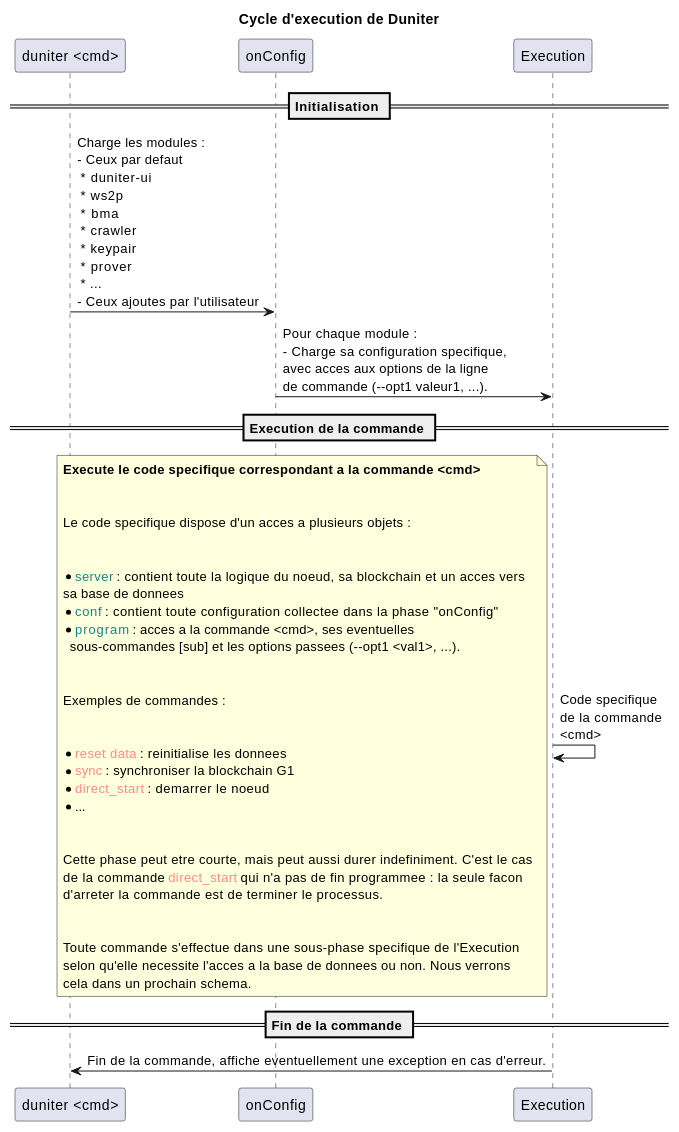
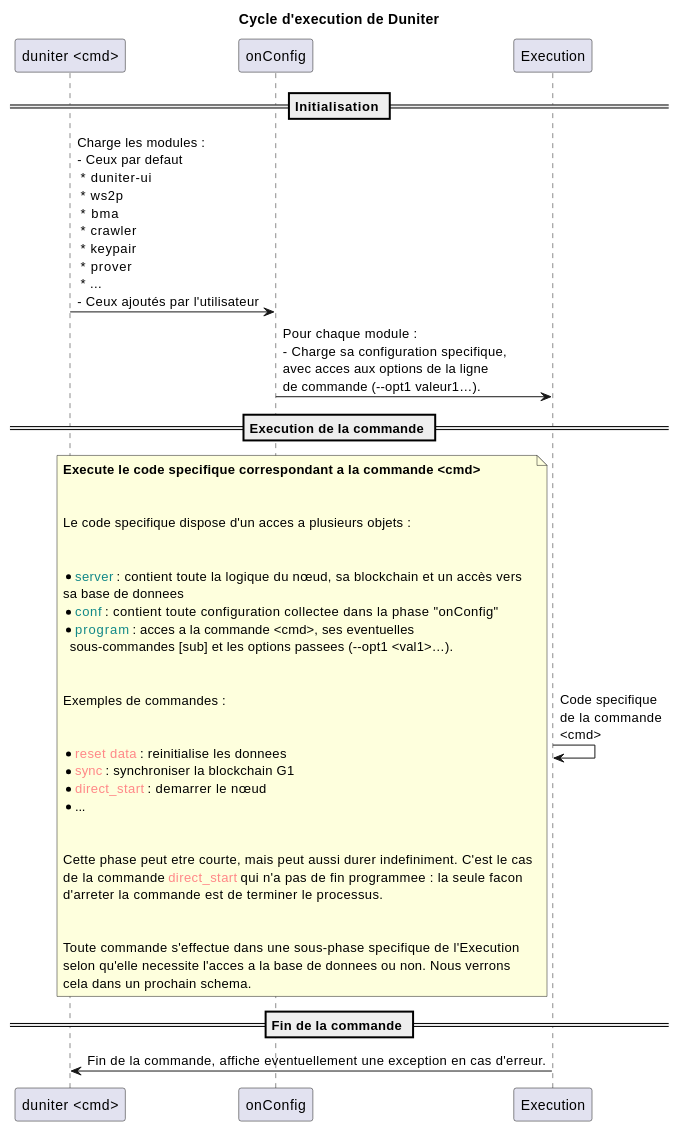
One commit to duniter/website_fr changed the first of 8 diagrams in content/pages/wiki/duniter/tutoriel-dev/chapitre-5-architecture.md. Above: the diagram before and after it, drawn with PlantUML. The commit also changed other lines of this file and 5 other files, not shown here.

```diff
--- a/content/pages/wiki/duniter/tutoriel-dev/chapitre-5-architecture.md
+++ b/content/pages/wiki/duniter/tutoriel-dev/chapitre-5-architecture.md
@@ -31,51 +31,51 @@
 @startuml
 
 title Cycle d'execution de Duniter
 
 == Initialisation ==
 
-"duniter <cmd>" -> onConfig: Charge les modules :\n- Ceux par defaut\n * duniter-ui\n * ws2p\n * bma\n * crawler\n * keypair\n * prover\n * ...\n- Ceux ajoutes par l'utilisateur
+"duniter <cmd>" -> onConfig: Charge les modules :\n- Ceux par defaut\n * duniter-ui\n * ws2p\n * bma\n * crawler\n * keypair\n * prover\n * ...\n- Ceux ajoutés par l'utilisateur
 
-onConfig -> Execution: Pour chaque module :\n- Charge sa configuration specifique,\navec acces aux options de la ligne\nde commande (--opt1 valeur1, ...).
+onConfig -> Execution: Pour chaque module :\n- Charge sa configuration specifique,\navec acces aux options de la ligne\nde commande (--opt1 valeur1…).
 
 == Execution de la commande ==
 
 Execution -> Execution: Code specifique\nde la commande\n<cmd>
 note left
   **Execute le code specifique correspondant a la commande <cmd>**
 
 
   Le code specifique dispose d'un acces a plusieurs objets :
 
 
-  *<color #118888>server</color> : contient toute la logique du noeud, sa blockchain et un acces vers
+  *<color #118888>server</color> : contient toute la logique du nœud, sa blockchain et un accès vers
   sa base de donnees
   *<color #118888>conf</color> : contient toute configuration collectee dans la phase "onConfig"
   *<color #118888>program</color> : acces a la commande <cmd>, ses eventuelles
-    sous-commandes [sub] et les options passees (--opt1 <val1>, ...).
+    sous-commandes [sub] et les options passees (--opt1 <val1>…).
 
 
   Exemples de commandes :
 
 
   *<color #FF8888>reset data</color> : reinitialise les donnees
   *<color #FF8888>sync</color> : synchroniser la blockchain G1
-  *<color #FF8888>direct_start</color> : demarrer le noeud
+  *<color #FF8888>direct_start</color> : demarrer le nœud
   *...
 
 
   Cette phase peut etre courte, mais peut aussi durer indefiniment. C'est le cas
   de la commande <color #FF8888>direct_start</color> qui n'a pas de fin programmee : la seule facon
   d'arreter la commande est de terminer le processus.
 
 
   Toute commande s'effectue dans une sous-phase specifique de l'Execution
   selon qu'elle necessite l'acces a la base de donnees ou non. Nous verrons
   cela dans un prochain schema.
 end note
 
 == Fin de la commande ==
 
 Execution -> "duniter <cmd>" : Fin de la commande, affiche eventuellement une exception en cas d'erreur.
 
 @enduml
```
